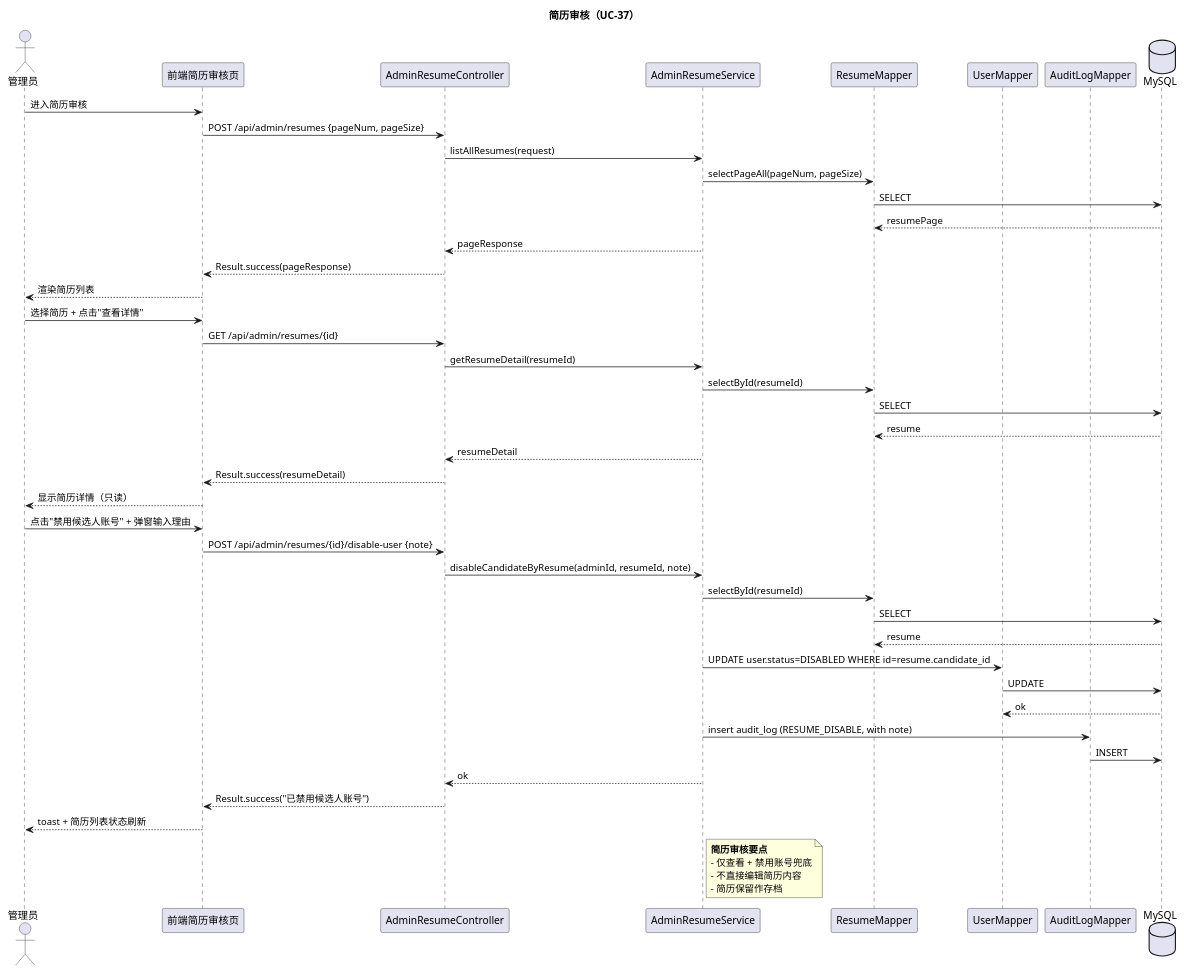
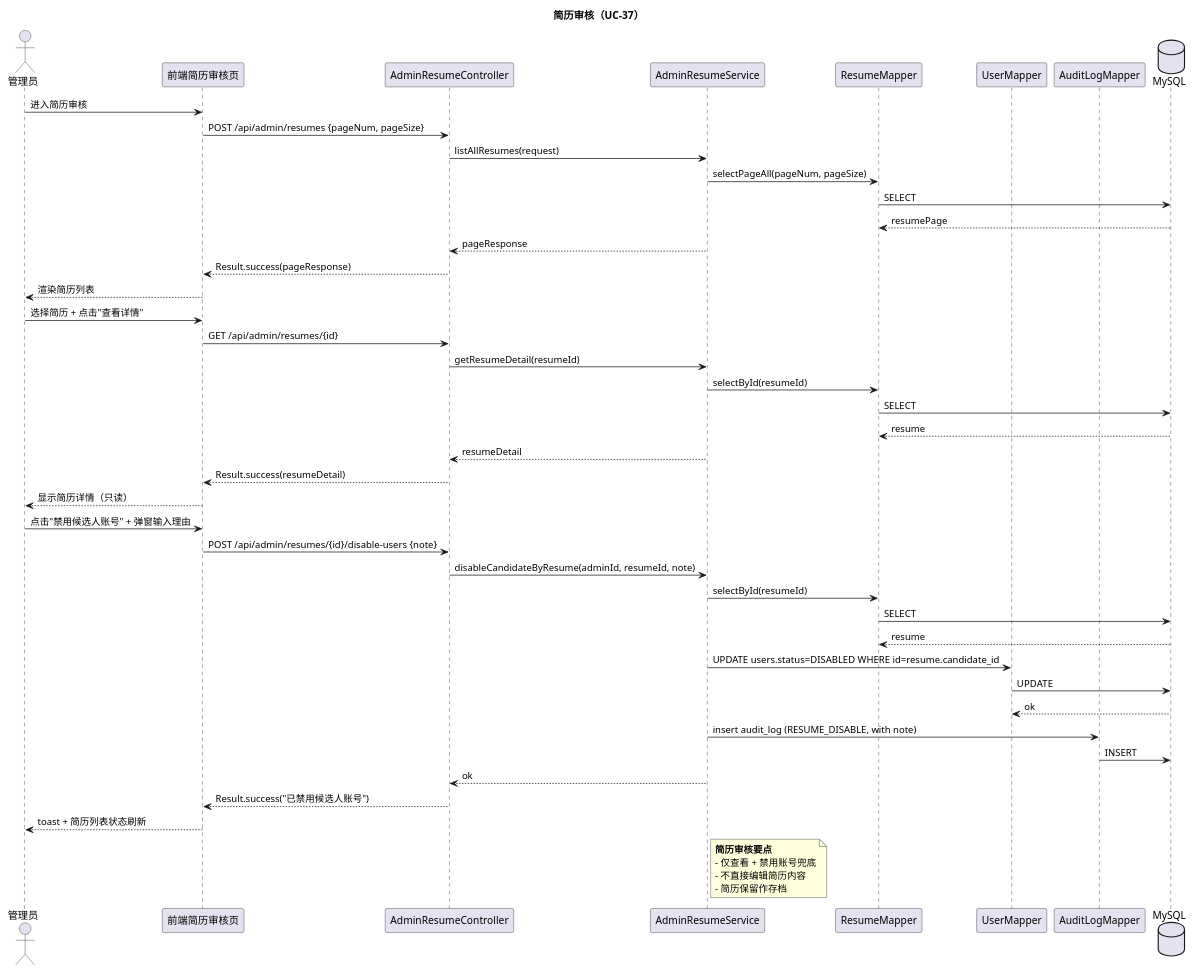
The fourth of 5 diagrams in docs/系统设计/详细设计/管理员.md (wendy-zw-yang/recruitment_system), drawn with PlantUML before and after one commit. The commit also changed other lines of this file and 166 other files, not shown here.

````diff
--- a/docs/系统设计/详细设计/管理员.md
+++ b/docs/系统设计/详细设计/管理员.md
@@ -333,57 +333,57 @@
 ```plantuml
 @startuml
 title 简历审核（UC-37）
 
 actor 管理员
 participant "前端简历审核页" as FE
 participant "AdminResumeController" as Ctl
 participant "AdminResumeService" as Svc
 participant "ResumeMapper" as RM
 participant "UserMapper" as UM
 participant "AuditLogMapper" as ALM
 database "MySQL" as DB
 
 管理员 -> FE: 进入简历审核
 FE -> Ctl: POST /api/admin/resumes {pageNum, pageSize}
 Ctl -> Svc: listAllResumes(request)
 Svc -> RM: selectPageAll(pageNum, pageSize)
 RM -> DB: SELECT
 DB --> RM: resumePage
 Svc --> Ctl: pageResponse
 Ctl --> FE: Result.success(pageResponse)
 FE --> 管理员: 渲染简历列表
 
 管理员 -> FE: 选择简历 + 点击"查看详情"
 FE -> Ctl: GET /api/admin/resumes/{id}
 Ctl -> Svc: getResumeDetail(resumeId)
 Svc -> RM: selectById(resumeId)
 RM -> DB: SELECT
 DB --> RM: resume
 Svc --> Ctl: resumeDetail
 Ctl --> FE: Result.success(resumeDetail)
 FE --> 管理员: 显示简历详情（只读）
 
 管理员 -> FE: 点击"禁用候选人账号" + 弹窗输入理由
-FE -> Ctl: POST /api/admin/resumes/{id}/disable-user {note}
+FE -> Ctl: POST /api/admin/resumes/{id}/disable-users {note}
 Ctl -> Svc: disableCandidateByResume(adminId, resumeId, note)
 Svc -> RM: selectById(resumeId)
 RM -> DB: SELECT
 DB --> RM: resume
-Svc -> UM: UPDATE user.status=DISABLED WHERE id=resume.candidate_id
+Svc -> UM: UPDATE users.status=DISABLED WHERE id=resume.candidate_id
 UM -> DB: UPDATE
 DB --> UM: ok
 Svc -> ALM: insert audit_log (RESUME_DISABLE, with note)
 ALM -> DB: INSERT
 Svc --> Ctl: ok
 Ctl --> FE: Result.success("已禁用候选人账号")
 FE --> 管理员: toast + 简历列表状态刷新
 
 note right of Svc
   **简历审核要点**
   - 仅查看 + 禁用账号兜底
   - 不直接编辑简历内容
   - 简历保留作存档
 end note
 
 @enduml
 ```
````
